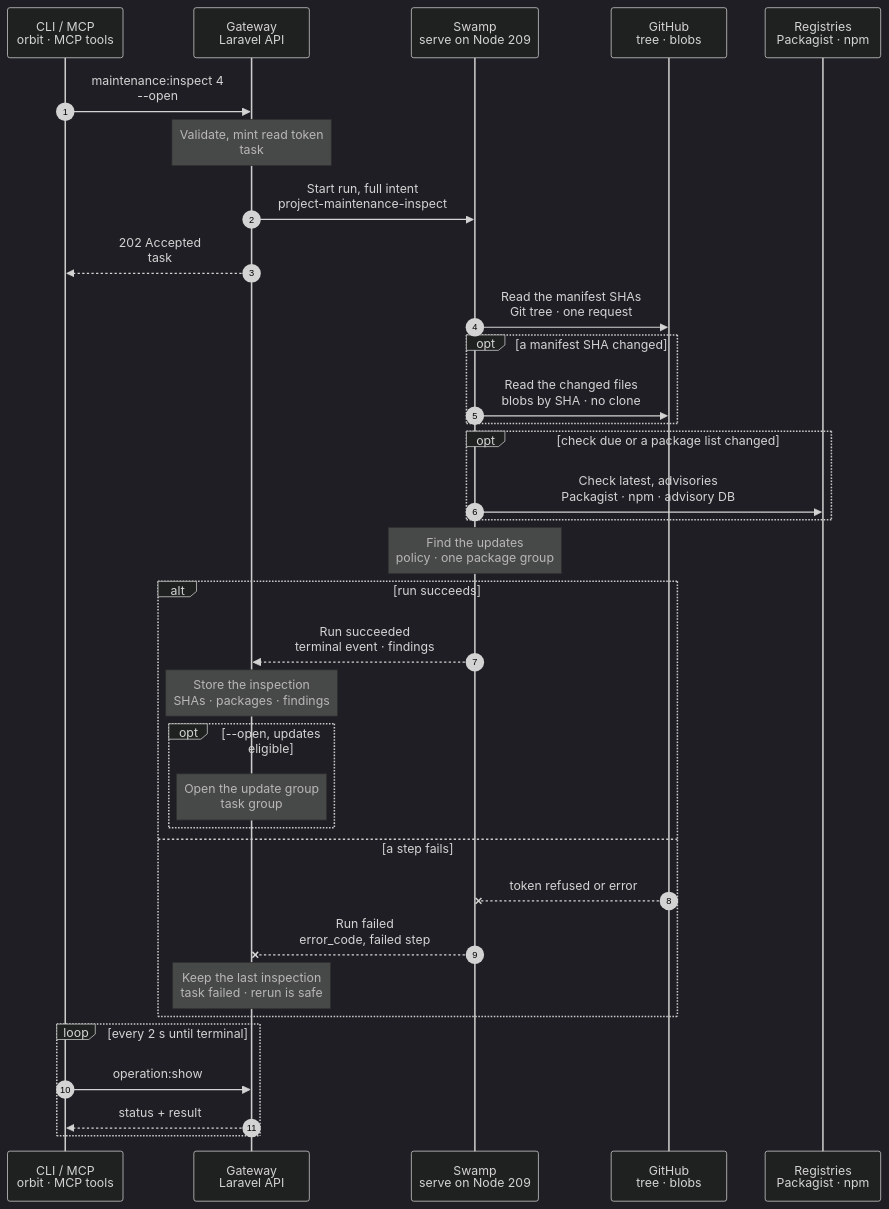
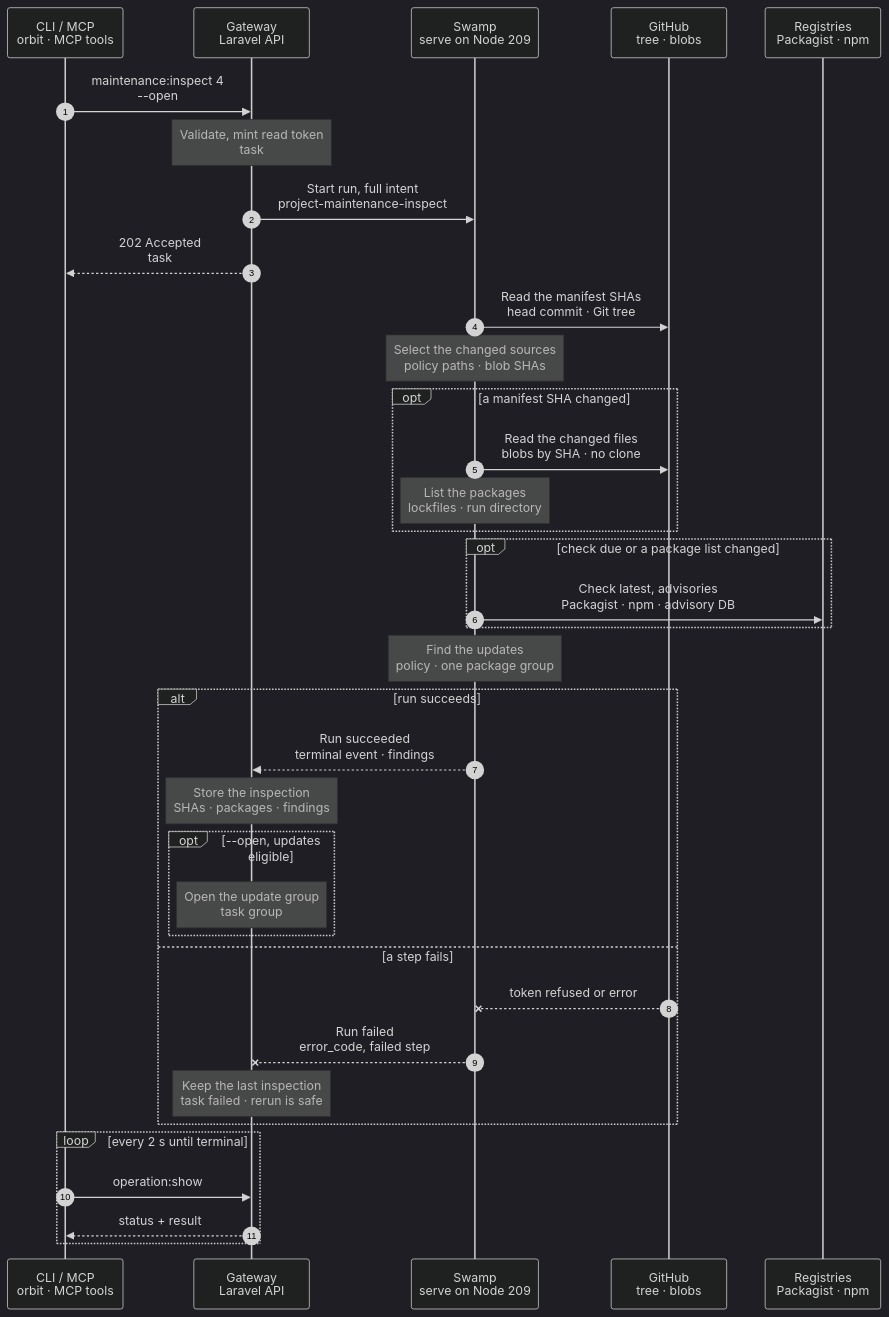
The diagram in docs/cli/project/maintenance-inspect.mmd (hardimpactdev/orbit), drawn with Mermaid (dark theme) before and after one commit. The commit also changed 7 other files, not shown here.

First line of the commit message:
fix(projects): inspect reads GitHub with curl in shell steps on Node 209

```diff
--- a/docs/cli/project/maintenance-inspect.mmd
+++ b/docs/cli/project/maintenance-inspect.mmd
@@ -1,125 +1,132 @@
 sequenceDiagram
   %% Target design: ADR 0244 task (driver workflow), ADR 0239 orbit.dependencies.v1, Recall swamp-owns-dependencies + deps-one-group-per-project, R1-R3.
   %% Tightened: flow-tighten 2026-11-02, rules 3, 9, 14, 15, 18 (no input read, no attempt records, head check folded into the read, no report or fail step).
   %% Decided: Nick 2026-11-02, project:maintenance:detect becomes project:maintenance:inspect: per-Project opt-in, default branch only, blob-SHA short-circuit, changed files read through the GitHub App with no clone, daily registry and advisory check, no begin or finish notes, no orbit-gateway calls. The kind keeps its name until the code follows.
   %% status: draft
   %% command: project:maintenance:inspect
   %% kind: project.detect
   autonumber
   %% lane CLI icon=terminal pill=caller tone=gray
   %% lane GW icon=gateway pill=intent tone=blue
   %% lane SW icon=workflow pill=executes tone=green
   %% lane GH icon=server pill=target tone=purple
   %% lane REG icon=server pill=target tone=purple
   participant CLI as CLI / MCP<br/>orbit · MCP tools
   participant GW as Gateway<br/>Laravel API
   participant SW as Swamp<br/>serve on Node 209
   participant GH as GitHub<br/>tree · blobs
   participant REG as Registries<br/>Packagist · npm
   CLI->>GW: maintenance:inspect 4<br/>--open
   %%> Command:
   %%> - `orbit project:maintenance:inspect 4 --open`
   %%> - syntax: `project:maintenance:inspect <project> [--open] [--idempotency-key=KEY]`
   %%> Input:
   %%> - the Project
   %%> - `--open`: open the update task group for the findings; without it, inspect shows the findings and creates nothing
   %%> Who can call it:
   %%> - the `orbit` CLI and the MCP tool send the same request
   %%> - the hourly `maintenance-projects` Schedule admits the same kind with `--open`, for each opted-in Project
   Note over GW: Validate, mint read token<br/>task #5150 · vault key
   %%> Requirements:
   %%> - your Node has an access grant to the Gateway
   %%> - maintenance is on for Project 4 (`project:maintenance:enable`); it is off by default, so customer repositories stay untouched
   %%> - Project 4 reads its repository through the GitHub App and has a default branch; only that branch is inspected
   %%> - no other `project.detect`, `project.routine` or `project.observe` task runs for Project 4
   %%> What it does:
   %%> - mints a GitHub App token with `contents: read` for this repository only
   %%> - puts it in the `orbit-control-inputs` vault as `project-dependency-read-5150` (R3)
   %%> Result:
   %%> - task #5150 recorded with the full intent; no Node is a target
   GW->>SW: Start run, full intent<br/>project-maintenance-inspect
   %%> What it does:
   %%> - starts one Swamp run on serve (Node 209)
   %%> Inputs:
   %%> - the repository and its default branch
   %%> - the blob SHAs of the last inspection and the stored package list
   %%> - whether the registry check is due: once a day, or at once with `--open`
   %%> - the vault key name of the token, never the token
   GW-->>CLI: 202 Accepted<br/>task #5150
   %%> What you get:
   %%> - the task number, at once
   %%> Next:
   %%> - the caller follows the task with `operation:show`
-  SW->>GH: Read the manifest SHAs<br/>Git tree · one request
+  SW->>GH: Read the manifest SHAs<br/>head commit · Git tree
   %%> What it does:
-  %%> - reads the default branch head and its tree through the GitHub App, with the token from `vault.get`
+  %%> - one `command/shell` step with `curl` on Node 209; the token from `vault.get` is only in its environment
+  %%> - reads the head commit of the default branch, then the Git tree of exactly that commit, into this run's directory
+  %%> Why no clone:
+  %%> - two small requests per opted-in Project each hour are cheap; a clone is not
+  Note over SW: Select the changed sources<br/>policy paths · blob SHAs
+  %%> What it does:
   %%> - picks the blob SHAs of `composer.json`, `composer.lock`, `package.json`, workspace `package.json` files and the JavaScript lockfile of each policy path
+  %%> - compares them with the last inspection
   %%> Short-circuit:
-  %%> - SHAs equal to the last inspection: the next step is skipped by its `guard`
-  %%> Why no clone:
-  %%> - one tree request per opted-in Project each hour is cheap; a clone is not
+  %%> - SHAs equal to the last inspection: the next steps are skipped by their `guard`, and the run directory is removed
   opt a manifest SHA changed
     SW->>GH: Read the changed files<br/>blobs by SHA · no clone
     %%> What it does:
-    %%> - reads again only the sources whose SHAs changed, by blob SHA, so they match the tree just read; other sources keep their stored packages
-    %%> - lists the installed packages and their versions from the lockfiles
+    %%> - one `command/shell` step with `curl`; reads the files of the changed sources only, by blob SHA, so they match the tree just read
+    Note over SW: List the packages<br/>lockfiles · run directory
+    %%> What it does:
+    %%> - lists the installed packages and their versions from the lockfiles; other sources keep their stored packages
+    %%> - removes the run directory
     %%> Result:
     %%> - the new package list, in the step's output
   end
   opt check due or a package list changed
     SW->>REG: Check latest, advisories<br/>Packagist · npm · advisory DB
     %%> What it does:
     %%> - compares the package list with the latest Packagist and npm versions and with the advisory database
     %%> Cache:
     %%> - answers are cached per package across Projects, so a package that many Projects use is asked once a day
     %%> Why daily:
     %%> - new releases and advisories appear without any change in the repository
   end
   Note over SW: Find the updates<br/>policy · one package group
   %%> What it does:
   %%> - applies release-age policy, version constraints and the Project's exceptions
   %%> - at most one package group: every eligible major and advisory fix together
   %%> - skipped with the registry check when no file changed and no check was due
   %%> Result:
   %%> - the update targets, the blocked findings and the group request, in the step's output
   %%> Not included:
   %%> - no `orbit-gateway` behavior and no Gateway call
   %%> - no begin or finish note: Swamp records each run, and the Gateway reads the terminal result
   alt run succeeds
     SW-->>GW: Run succeeded<br/>terminal event · findings
     %%> How the Gateway learns it:
     %%> - its shared run reader sees the terminal event; Swamp never calls the Gateway
     Note over GW: Store the inspection<br/>SHAs · packages · findings
     %%> Result:
     %%> - the blob SHAs, the package list and the findings stored for Project 4
     %%> - without `--open`: nothing is created; the result shows the findings
     %%> - task #5150 succeeds
     opt --open, updates eligible
       Note over GW: Open the update group<br/>task group #812 · tasks.provision
       %%> Result:
       %%> - task group #812 with one package group, for one pull request
       %%> - the Gateway admits `tasks.provision` for it; Pi turns then run in its task VM (driver `pi`)
       %%> Not admitted:
       %%> - a group while Project 4 has an open maintenance task group or unfinished work, from the Gateway's own records
     end
   else a step fails
     GH--xSW: token refused or error
     %%> When:
     %%> - the token is refused, a read fails, or a registry does not answer
     SW--xGW: Run failed<br/>error_code, failed step
     %%> The Gateway reads:
     %%> - which step failed and its error code, for example `project.scan_failed`
     Note over GW: Keep the last inspection<br/>task failed · rerun is safe
     %%> Result:
     %%> - task #5150 fails; the stored SHAs and package list stay, and no task group is created
     %%> Retry:
     %%> - run the command again with a new key, or wait for the next hourly Schedule fire
   end
   loop every 2 s until terminal
     CLI->>GW: operation:show #5150
     %%> What it does:
     %%> - asks for the task's status every 2 seconds until it has ended
     GW-->>CLI: status + result
     %%> Returns:
     %%> - the current status, and the counts of targets and blocked findings and any opened group ID once the task has ended
   end
```
